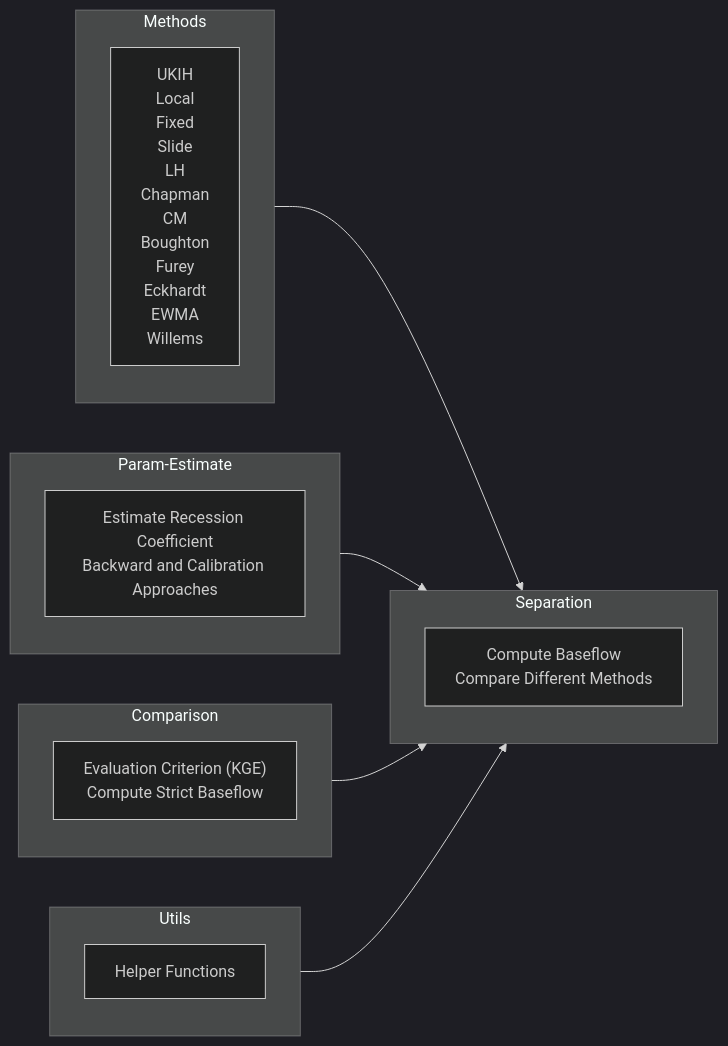
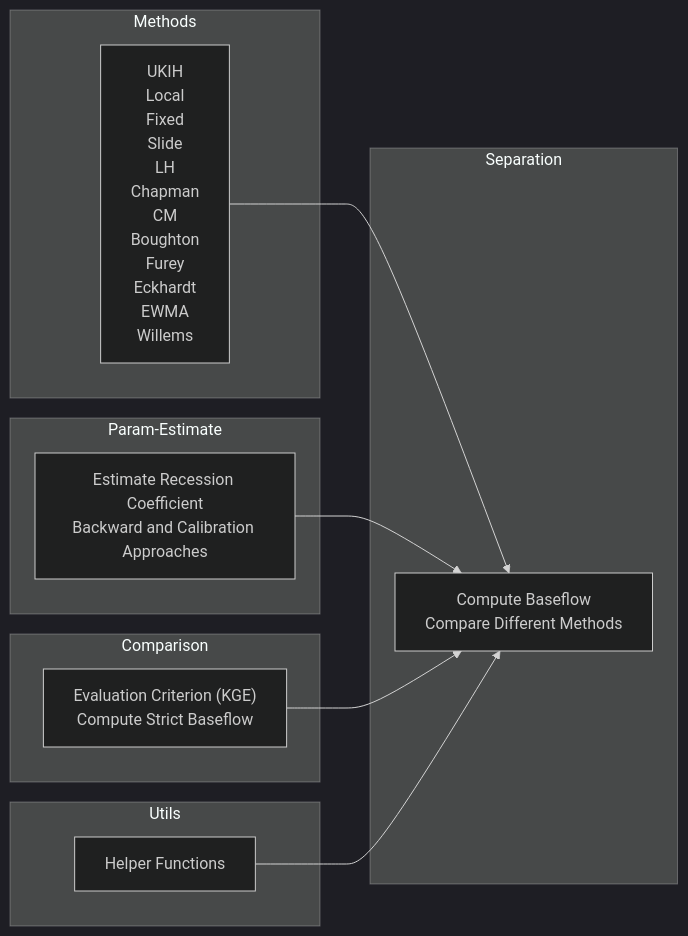
One commit to BYU-Hydroinformatics/baseflow changed the diagram in docs/index.md. Above: the diagram before and after it, drawn with Mermaid (dark theme). The commit also changed 1 other file, not shown here.

Commit message:
add the flowchart to index

````diff
--- a/docs/index.md
+++ b/docs/index.md
@@ -24,44 +25,28 @@
 ```mermaid
----
-
-Title: Baseflow Package Process Diagram
-
----
-
 graph LR
 
     subgraph "Methods"
-
         methods["UKIH\nLocal\nFixed\nSlide\nLH\nChapman\nCM\nBoughton\nFurey\nEckhardt\nEWMA\nWillems"]
-
     end
 
     subgraph "Separation"
-
         separation["Compute Baseflow\nCompare Different Methods"]
-
     end
 
     subgraph "Param-Estimate"
-
         param_estimate["Estimate Recession Coefficient\nBackward and Calibration Approaches"]
-
     end
 
     subgraph "Comparison"
-
         comparison["Evaluation Criterion (KGE)\nCompute Strict Baseflow"]
-
     end
 
     subgraph "Utils"
-
         utils["Helper Functions"]
-
     end
 
-    Methods --> Separation
-    Param-Estimate --> Separation
-    Comparison --> Separation
-    Utils --> Separation
+    methods --> separation
+    param_estimate --> separation
+    comparison --> separation
+    utils --> separation
 ```
````
